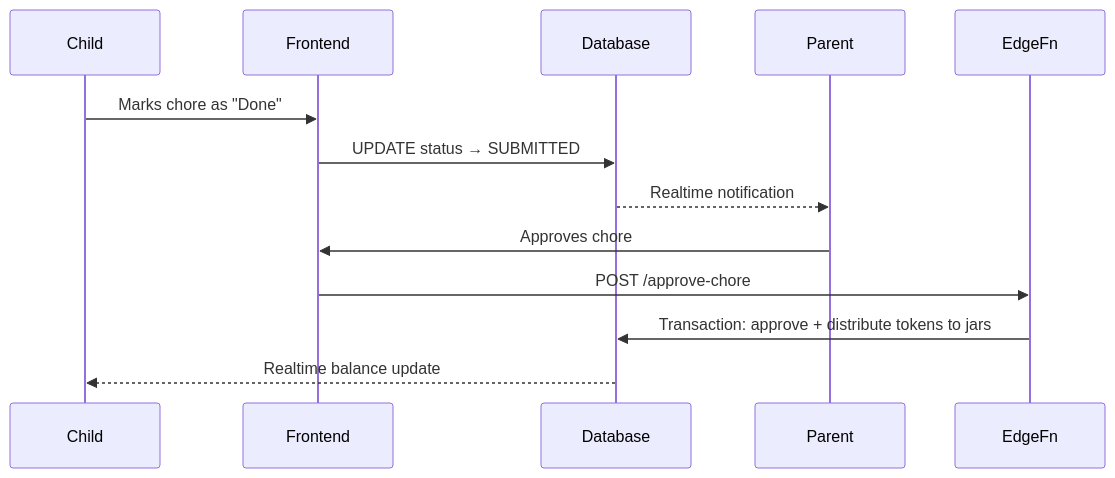
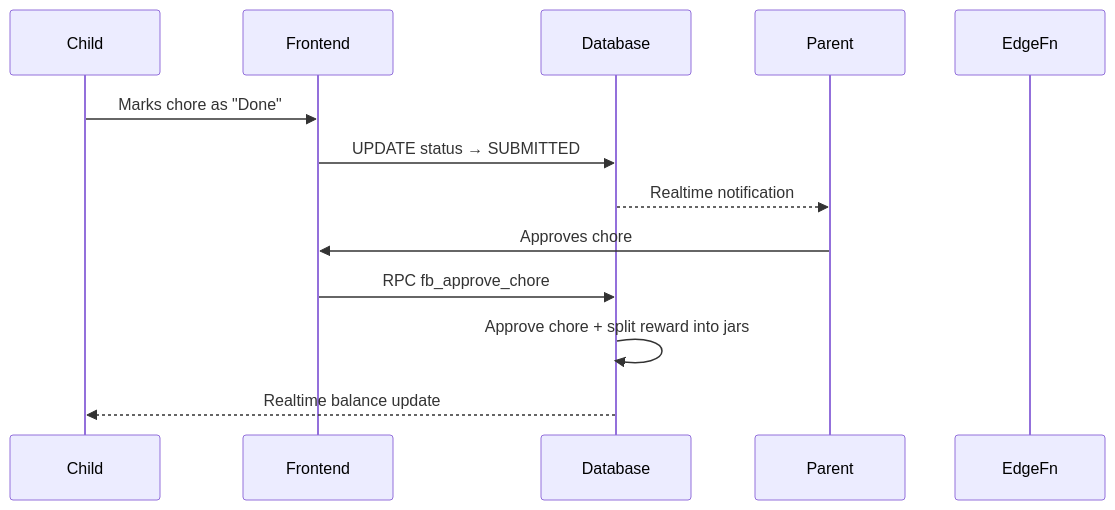
Before and after one commit to anushayatirajula-lab/familybank: the second of 2 diagrams in README.md, drawn with Mermaid. The commit also changed other lines of this file, not shown here.

````diff
--- a/README.md
+++ b/README.md
@@ -206,16 +208,16 @@
 ```mermaid
 sequenceDiagram
     participant Child
     participant Frontend
     participant Database
     participant Parent
     participant EdgeFn
 
     Child->>Frontend: Marks chore as "Done"
     Frontend->>Database: UPDATE status → SUBMITTED
     Database-->>Parent: Realtime notification
     Parent->>Frontend: Approves chore
-    Frontend->>EdgeFn: POST /approve-chore
-    EdgeFn->>Database: Transaction: approve + distribute tokens to jars
+    Frontend->>Database: RPC fb_approve_chore
+    Database->>Database: Approve chore + split reward into jars
     Database-->>Child: Realtime balance update
 ```
````
